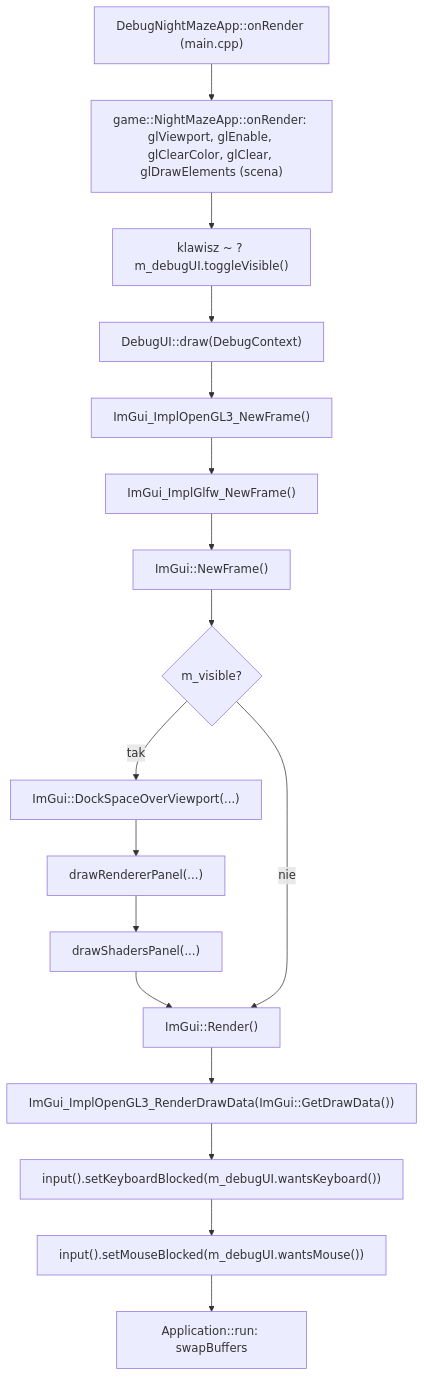
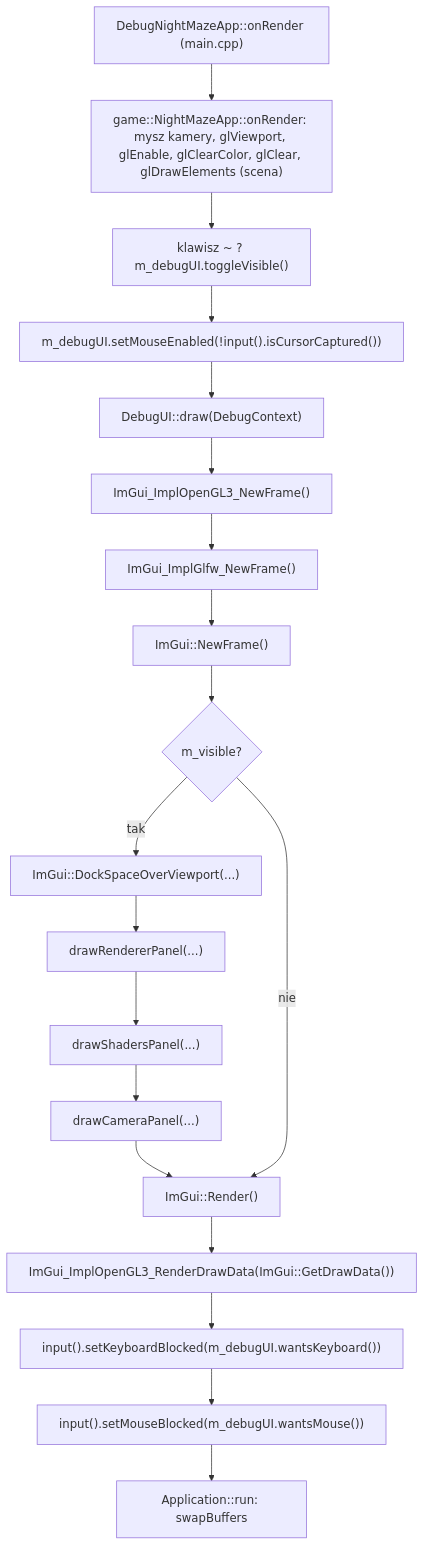
Before and after one commit to Shironex/night-maze: the first of 2 diagrams in docs/modules/debug-ui.md, drawn with Mermaid. The commit also changed other lines of this file and 25 other files, not shown here.

First line of the commit message:
feat(game): fly the camera around the cube

````diff
--- a/docs/modules/debug-ui.md
+++ b/docs/modules/debug-ui.md
@@ -24,19 +24,21 @@
 ```mermaid
 flowchart TD
-    A["DebugNightMazeApp::onRender (main.cpp)"] --> B["game::NightMazeApp::onRender: glViewport, glEnable, glClearColor, glClear, glDrawElements (scena)"]
+    A["DebugNightMazeApp::onRender (main.cpp)"] --> B["game::NightMazeApp::onRender: mysz kamery, glViewport, glEnable, glClearColor, glClear, glDrawElements (scena)"]
     B --> T["klawisz ~ ? m_debugUI.toggleVisible()"]
-    T --> C["DebugUI::draw(DebugContext)"]
+    T --> ME["m_debugUI.setMouseEnabled(!input().isCursorCaptured())"]
+    ME --> C["DebugUI::draw(DebugContext)"]
     C --> D["ImGui_ImplOpenGL3_NewFrame()"]
     D --> E["ImGui_ImplGlfw_NewFrame()"]
     E --> F["ImGui::NewFrame()"]
     F --> G{"m_visible?"}
     G -->|tak| H["ImGui::DockSpaceOverViewport(...)"]
     H --> I["drawRendererPanel(...)"]
     I --> S["drawShadersPanel(...)"]
-    S --> J["ImGui::Render()"]
+    S --> CP["drawCameraPanel(...)"]
+    CP --> J["ImGui::Render()"]
     G -->|nie| J
     J --> K["ImGui_ImplOpenGL3_RenderDrawData(ImGui::GetDrawData())"]
     K --> M["input().setKeyboardBlocked(m_debugUI.wantsKeyboard())"]
     M --> N["input().setMouseBlocked(m_debugUI.wantsMouse())"]
     N --> L["Application::run: swapBuffers"]
 ```
````
